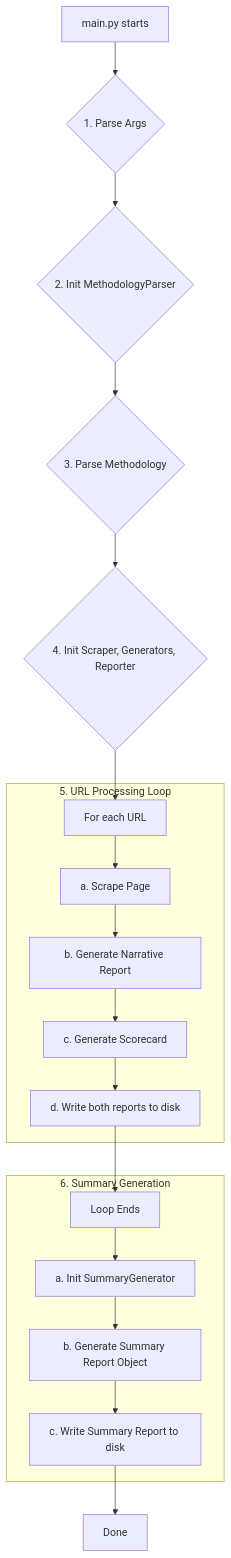
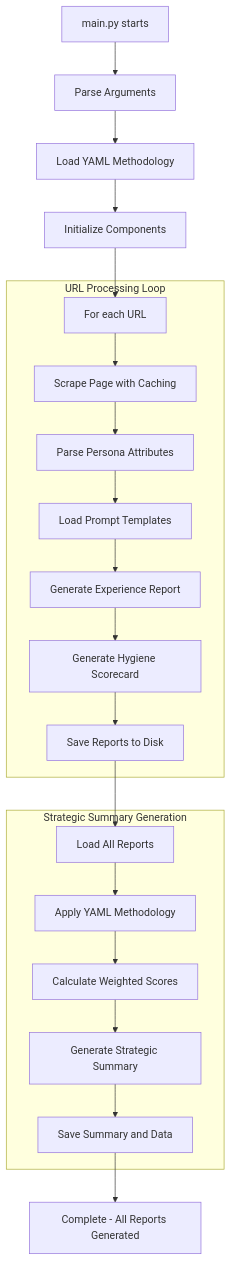
The second of 2 diagrams in product/technical_architecture.md (jasonlmagnus/sopra_steria), drawn with Mermaid before and after one commit. The commit also changed other lines of this file and 11 other files, not shown here.

Commit message:
docs(ui): add PRD, functional spec, technical architecture, implementation plan and updated UI spec; setup new product/ui folder

````diff
--- a/product/technical_architecture.md
+++ b/product/technical_architecture.md
@@ -172,25 +196,27 @@
 ```mermaid
 graph TD
-    A[main.py starts] --> B{1. Parse Args};
-    B --> C{2. Init MethodologyParser};
-    C --> D{3. Parse Methodology};
-    D --> E{4. Init Scraper, Generators, Reporter};
+    A[main.py starts] --> B[Parse Arguments]
+    B --> C[Load YAML Methodology]
+    C --> D[Initialize Components]
 
-    subgraph 5. URL Processing Loop
-        F[For each URL] --> G[a. Scrape Page];
-        G --> H[b. Generate Narrative Report];
-        H --> I[c. Generate Scorecard];
-        I --> J[d. Write both reports to disk];
+    subgraph "URL Processing Loop"
+        E[For each URL] --> F[Scrape Page with Caching]
+        F --> G[Parse Persona Attributes]
+        G --> H[Load Prompt Templates]
+        H --> I[Generate Experience Report]
+        I --> J[Generate Hygiene Scorecard]
+        J --> K[Save Reports to Disk]
     end
 
-    E --> F;
+    D --> E
 
-    subgraph 6. Summary Generation
-        K[Loop Ends] --> L[a. Init SummaryGenerator];
-        L --> M[b. Generate Summary Report Object];
-        M --> N[c. Write Summary Report to disk];
+    subgraph "Strategic Summary Generation"
+        L[Load All Reports] --> M[Apply YAML Methodology]
+        M --> N[Calculate Weighted Scores]
+        N --> O[Generate Strategic Summary]
+        O --> P[Save Summary and Data]
     end
 
-    J --> K;
-    N --> O[Done];
+    K --> L
+    P --> Q[Complete - All Reports Generated]
 ```
````
